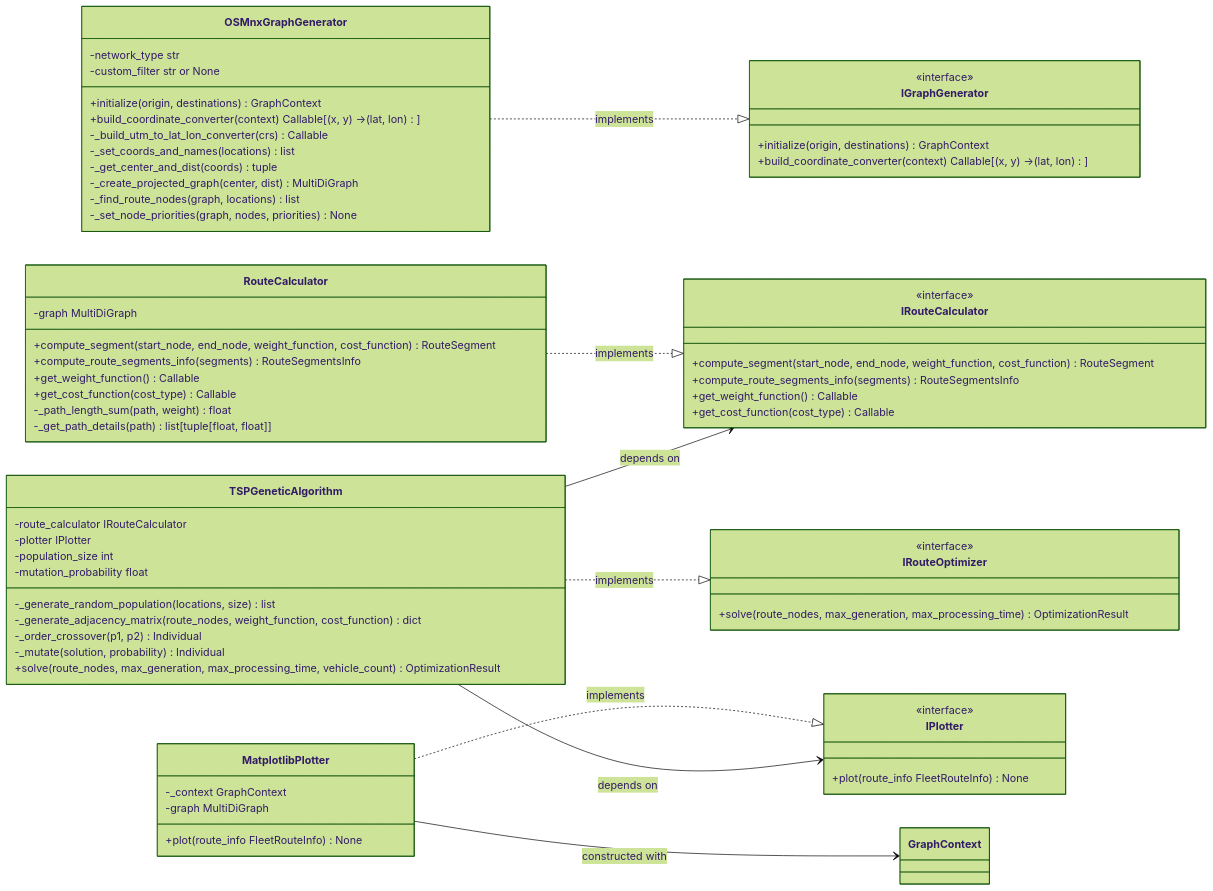
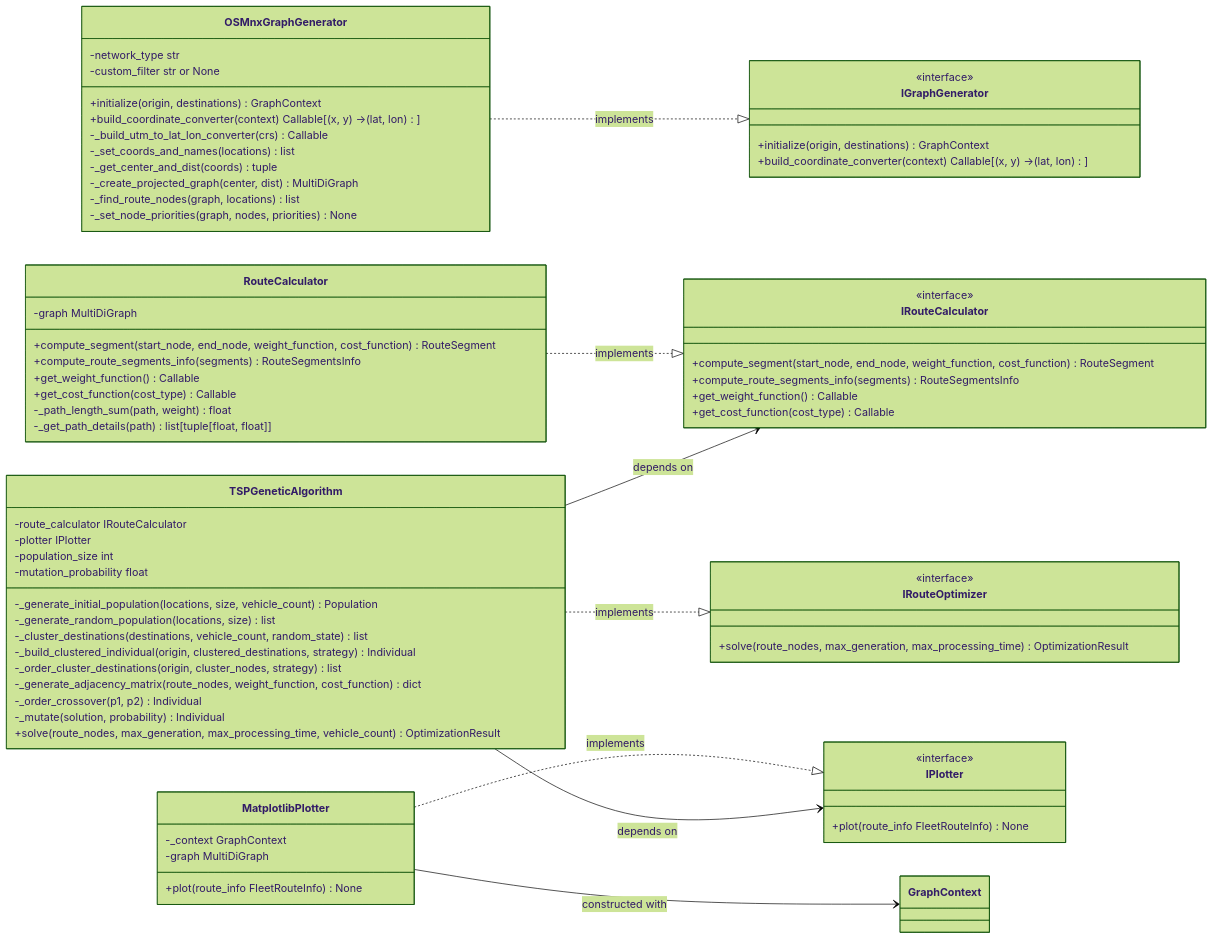
Before and after one commit to luizaaca/api_best_route: the third of 4 diagrams in architecture.md, drawn with Mermaid (forest theme). The commit also changed other lines of this file and 5 other files, not shown here.

````diff
--- a/architecture.md
+++ b/architecture.md
@@ -215,78 +240,82 @@
 ```mermaid
 classDiagram
     direction LR
 
     class IGraphGenerator {
         <<interface>>
         +initialize(origin, destinations) GraphContext
         +build_coordinate_converter(context) Callable[(x, y) -> (lat, lon)]
     }
 
     class IRouteCalculator {
         <<interface>>
         +compute_segment(start_node, end_node, weight_function, cost_function) RouteSegment
         +compute_route_segments_info(segments) RouteSegmentsInfo
         +get_weight_function() Callable
         +get_cost_function(cost_type) Callable
     }
 
     class IRouteOptimizer {
         <<interface>>
         +solve(route_nodes, max_generation, max_processing_time) OptimizationResult
     }
 
     class IPlotter {
         <<interface>>
         +plot(route_info FleetRouteInfo) None
     }
 
     class OSMnxGraphGenerator {
         -network_type str
         -custom_filter str or None
         +initialize(origin, destinations) GraphContext
         +build_coordinate_converter(context) Callable[(x, y) -> (lat, lon)]
         -_build_utm_to_lat_lon_converter(crs) Callable
         -_set_coords_and_names(locations) list
         -_get_center_and_dist(coords) tuple
         -_create_projected_graph(center, dist) MultiDiGraph
         -_find_route_nodes(graph, locations) list
         -_set_node_priorities(graph, nodes, priorities) None
     }
 
     class RouteCalculator {
         -graph MultiDiGraph
         +compute_segment(start_node, end_node, weight_function, cost_function) RouteSegment
         +compute_route_segments_info(segments) RouteSegmentsInfo
         +get_weight_function() Callable
         +get_cost_function(cost_type) Callable
         -_path_length_sum(path, weight) float
         -_get_path_details(path) list[tuple[float, float]]
     }
 
     class TSPGeneticAlgorithm {
         -route_calculator IRouteCalculator
         -plotter IPlotter           
         -population_size int
         -mutation_probability float
+        -_generate_initial_population(locations, size, vehicle_count) Population
         -_generate_random_population(locations, size) list
+        -_cluster_destinations(destinations, vehicle_count, random_state) list
+        -_build_clustered_individual(origin, clustered_destinations, strategy) Individual
+        -_order_cluster_destinations(origin, cluster_nodes, strategy) list
         -_generate_adjacency_matrix(route_nodes, weight_function, cost_function) dict
         -_order_crossover(p1, p2) Individual
         -_mutate(solution, probability) Individual
         +solve(route_nodes, max_generation, max_processing_time, vehicle_count) OptimizationResult
     }
 
     class MatplotlibPlotter {
         -_context GraphContext
         -graph MultiDiGraph
         +plot(route_info FleetRouteInfo) None
     }
 
     OSMnxGraphGenerator ..|> IGraphGenerator : implements
     RouteCalculator ..|> IRouteCalculator : implements
     TSPGeneticAlgorithm ..|> IRouteOptimizer : implements
     MatplotlibPlotter ..|> IPlotter : implements
 
     TSPGeneticAlgorithm --> IRouteCalculator : depends on
     TSPGeneticAlgorithm --> IPlotter : depends on
     MatplotlibPlotter --> GraphContext : constructed with
 ```
````
